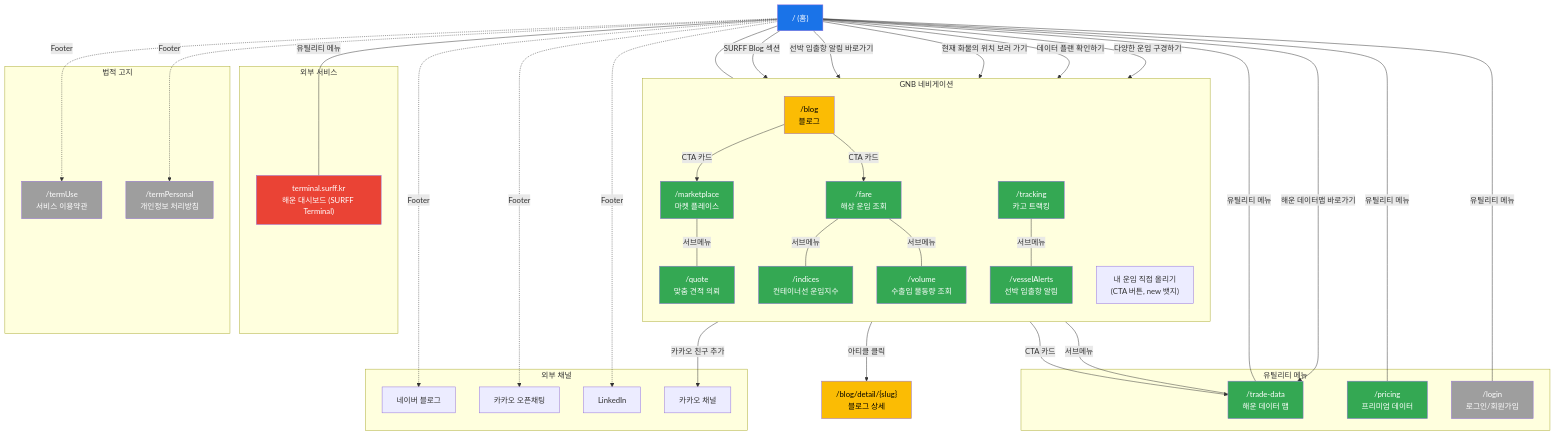
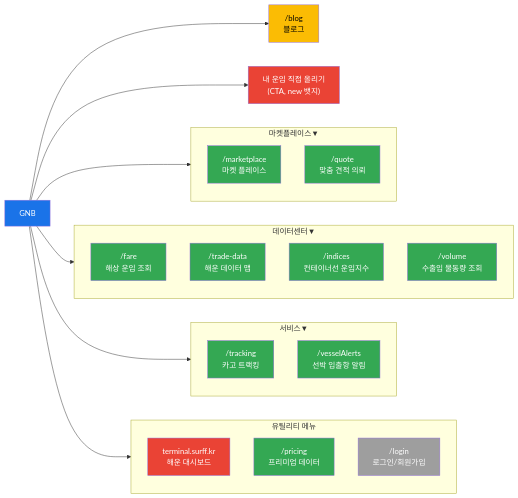
The first of 3 diagrams in .claude/docs/sitemap/surff-visual-sitemap.md (starfishfactory/cargoplan), drawn with Mermaid before and after one commit. The commit also changed other lines of this file, not shown here.

Commit message:
refactor: 페이지 연결관계 Mermaid 다이어그램 역할별 3종 분리
단일 graph TD 다이어그램(노드 20+, 엣지 25+)을 가독성 향상을 위해
목적별 3개 graph LR 다이어그램으로 분리:
- 2-1: GNB 네비게이션 구조 (메뉴 계층 좌→우 트리)
- 2-2: 홈페이지 CTA 연결 (CTA 텍스트 엣지 라벨)
- 2-3: 크로스 링크 & Footer (블로그 CTA, Footer 링크)

Mermaid Live Editor 렌더링 검증 완료, 기존 전체 노드/엣지 누락 없음

````diff
--- a/.claude/docs/sitemap/surff-visual-sitemap.md
+++ b/.claude/docs/sitemap/surff-visual-sitemap.md
@@ -95,99 +99,53 @@
 ```mermaid
-graph TD
-    HOME["/ (홈)"]
+graph LR
+    GNB["GNB"]
 
-    subgraph GNB["GNB 네비게이션"]
-        direction TB
+    subgraph 마켓플레이스["마켓플레이스▼"]
         MP["/marketplace<br/>마켓 플레이스"]
         QUOTE["/quote<br/>맞춤 견적 의뢰"]
+    end
+
+    subgraph 데이터센터["데이터센터▼"]
         FARE["/fare<br/>해상 운임 조회"]
+        TD_PAGE["/trade-data<br/>해운 데이터 맵"]
         INDICES["/indices<br/>컨테이너선 운임지수"]
         VOLUME["/volume<br/>수출입 물동량 조회"]
+    end
+
+    subgraph 서비스["서비스▼"]
         TRACK["/tracking<br/>카고 트랙킹"]
         VESSEL["/vesselAlerts<br/>선박 입출항 알림"]
-        BLOG["/blog<br/>블로그"]
-        MY_FARE["내 운임 직접 올리기<br/>(CTA 버튼, new 뱃지)"]
     end
 
+    BLOG["/blog<br/>블로그"]
+    MY_FARE["내 운임 직접 올리기<br/>(CTA, new 뱃지)"]
+
     subgraph 유틸리티["유틸리티 메뉴"]
-        TD_PAGE["/trade-data<br/>해운 데이터 맵"]
+        TERMINAL["terminal.surff.kr<br/>해운 대시보드"]
         PRICING["/pricing<br/>프리미엄 데이터"]
         LOGIN["/login<br/>로그인/회원가입"]
     end
 
-    subgraph 외부서비스["외부 서비스"]
-        TERMINAL["terminal.surff.kr<br/>해운 대시보드 (SURFF Terminal)"]
-    end
-
-    subgraph 법적고지["법적 고지"]
-        TERM_USE["/termUse<br/>서비스 이용약관"]
-        TERM_PERSONAL["/termPersonal<br/>개인정보 처리방침"]
-    end
-
-    subgraph 외부채널["외부 채널"]
-        NAVER["네이버 블로그"]
-        KAKAO_OPEN["카카오 오픈채팅"]
-        LINKEDIN["LinkedIn"]
-        KAKAO_CH["카카오 채널"]
-    end
-
-    BLOG_DETAIL["/blog/detail/{slug}<br/>블로그 상세"]
-
-    %% 홈 → 서비스 CTA 연결
-    HOME -->|"다양한 운임 구경하기"| MP
-    HOME -->|"데이터 플랜 확인하기"| FARE
-    HOME -->|"현재 화물의 위치 보러 가기"| TRACK
-    HOME -->|"해운 데이터맵 바로가기"| TD_PAGE
-    HOME -->|"선박 입출항 알림 바로가기"| VESSEL
-    HOME -->|"SURFF Blog 섹션"| BLOG
-
-    %% GNB 드롭다운 서브메뉴 연결
-    MP ---|"서브메뉴"| QUOTE
-    FARE ---|"서브메뉴"| TD_PAGE
-    FARE ---|"서브메뉴"| INDICES
-    FARE ---|"서브메뉴"| VOLUME
-    TRACK ---|"서브메뉴"| VESSEL
-
-    %% GNB/Footer는 전 페이지 공통이나, 다이어그램에서는 HOME 기준으로만 연결을 표현합니다.
-    HOME --- GNB
-
-    %% 블로그 → 블로그 상세
-    BLOG -->|"아티클 클릭"| BLOG_DETAIL
-
-    %% 블로그 CTA
-    BLOG -->|"CTA 카드"| MP
-    BLOG -->|"CTA 카드"| TD_PAGE
-    BLOG -->|"CTA 카드"| FARE
-    BLOG -->|"카카오 친구 추가"| KAKAO_CH
-
-    %% Footer 연결 (전 페이지 공통)
-    HOME -.->|"Footer"| TERM_USE
-    HOME -.->|"Footer"| TERM_PERSONAL
-    HOME -.->|"Footer"| NAVER
-    HOME -.->|"Footer"| KAKAO_OPEN
-    HOME -.->|"Footer"| LINKEDIN
-
-    %% 유틸리티 메뉴 연결
-    HOME ---|"유틸리티 메뉴"| LOGIN
-    HOME ---|"유틸리티 메뉴"| TD_PAGE
-    HOME ---|"유틸리티 메뉴"| PRICING
-    HOME ---|"유틸리티 메뉴"| TERMINAL
+    GNB --> 마켓플레이스
+    GNB --> 데이터센터
+    GNB --> 서비스
+    GNB --> BLOG
+    GNB --> MY_FARE
+    GNB --> 유틸리티
 
     %% 스타일
-    style HOME fill:#1a73e8,color:#fff
+    style GNB fill:#1a73e8,color:#fff
     style MP fill:#34a853,color:#fff
     style QUOTE fill:#34a853,color:#fff
     style FARE fill:#34a853,color:#fff
+    style TD_PAGE fill:#34a853,color:#fff
     style INDICES fill:#34a853,color:#fff
     style VOLUME fill:#34a853,color:#fff
     style TRACK fill:#34a853,color:#fff
     style VESSEL fill:#34a853,color:#fff
     style BLOG fill:#fbbc04,color:#000
-    style TD_PAGE fill:#34a853,color:#fff
+    style MY_FARE fill:#ea4335,color:#fff
+    style TERMINAL fill:#ea4335,color:#fff
+    style PRICING fill:#34a853,color:#fff
     style LOGIN fill:#9e9e9e,color:#fff
-    style TERM_USE fill:#9e9e9e,color:#fff
-    style TERM_PERSONAL fill:#9e9e9e,color:#fff
-    style PRICING fill:#34a853,color:#fff
-    style TERMINAL fill:#ea4335,color:#fff
-    style BLOG_DETAIL fill:#fbbc04,color:#000
 ```
````
